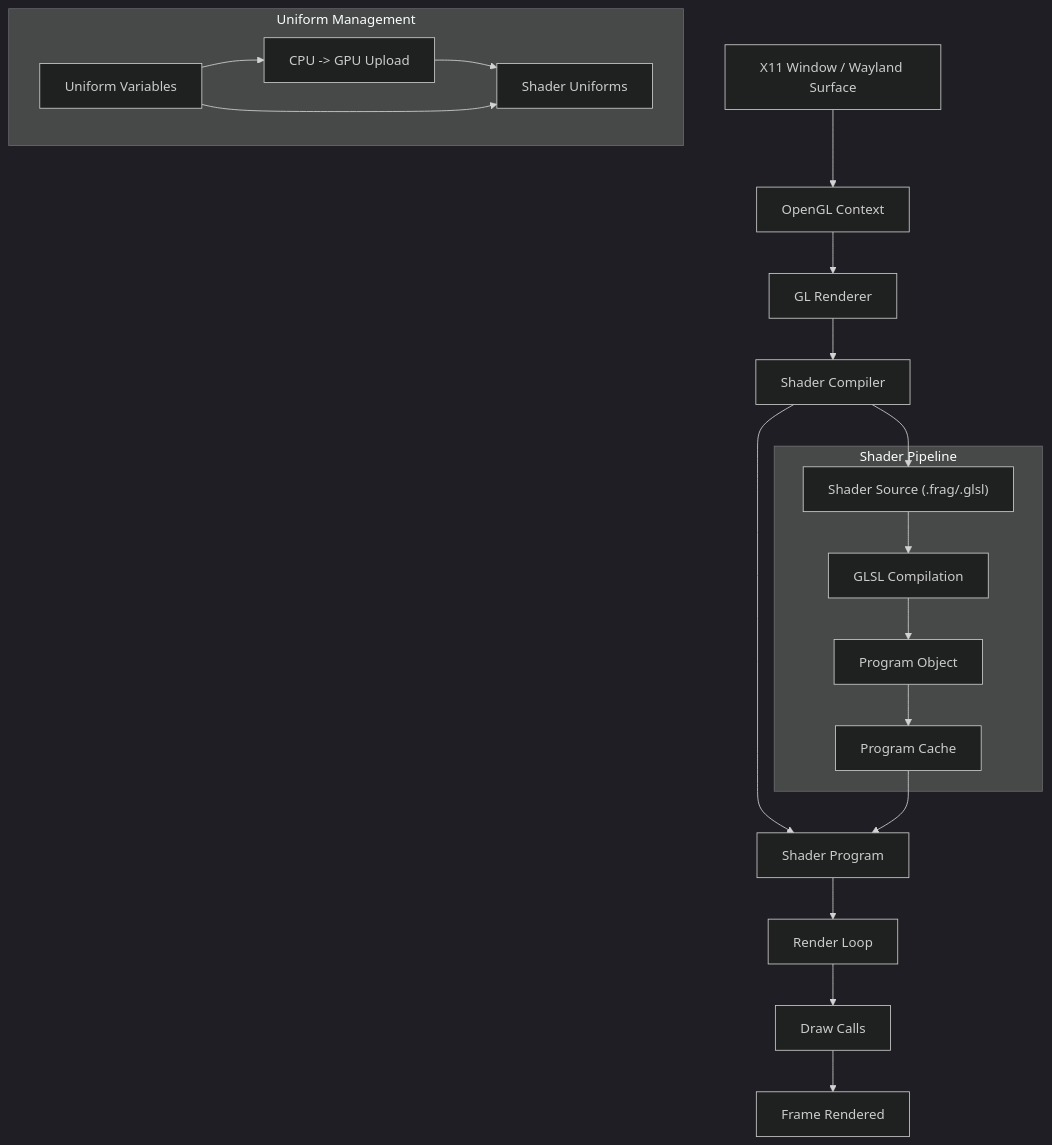
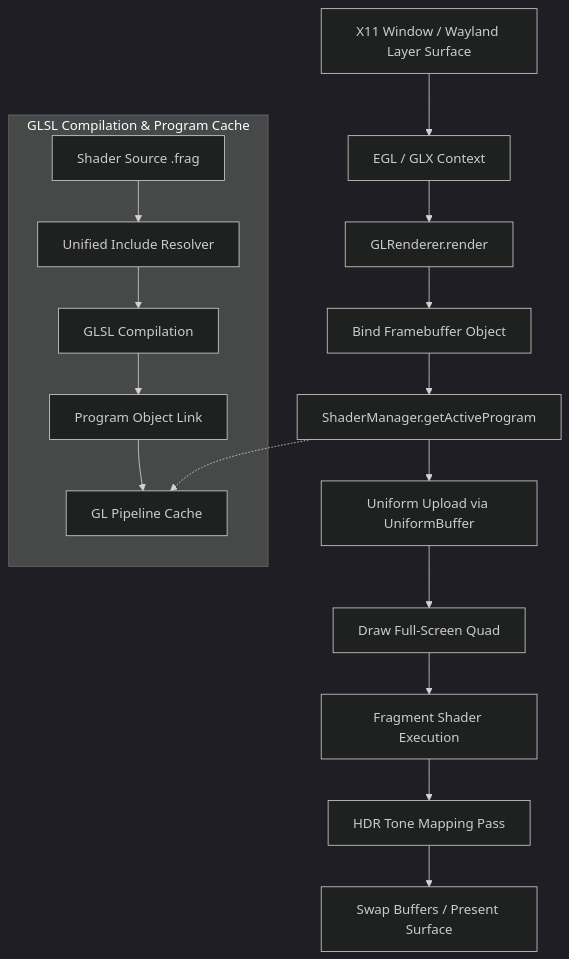
The second of 11 diagrams in docs/ArchitectureDiagrams.md (23skdu/ShaderCandy), drawn with Mermaid (dark theme) before and after one commit. The commit also changed other lines of this file and 32 other files, not shown here.

````diff
--- a/docs/ArchitectureDiagrams.md
+++ b/docs/ArchitectureDiagrams.md
@@ -37,25 +41,21 @@
 ```mermaid
 flowchart TD
-    A[X11 Window / Wayland Surface] --> B[OpenGL Context]
-    B --> C[GL Renderer]
-    C --> D[Shader Compiler]
-    D --> E[Shader Program]
-    E --> F[Render Loop]
-    F --> G[Draw Calls]
-    G --> H[Frame Rendered]
+    A[X11 Window / Wayland Layer Surface] --> B[EGL / GLX Context]
+    B --> C[GLRenderer.render]
+    C --> D[Bind Framebuffer Object]
+    D --> E[ShaderManager.getActiveProgram]
+    E --> F[Uniform Upload via UniformBuffer]
+    F --> G[Draw Full-Screen Quad]
+    G --> H[Fragment Shader Execution]
+    H --> I[HDR Tone Mapping Pass]
+    I --> J[Swap Buffers / Present Surface]
 
-    subgraph "Shader Pipeline"
-        I["Shader Source (.frag/.glsl)"] --> J[GLSL Compilation]
-        J --> K[Program Object]
-        K --> L[Program Cache]
+    subgraph "GLSL Compilation & Program Cache"
+        K[Shader Source .frag] --> L[Unified Include Resolver]
+        L --> M[GLSL Compilation]
+        M --> N[Program Object Link]
+        N --> O[GL Pipeline Cache]
     end
 
-    subgraph "Uniform Management"
-        M[Uniform Variables] --> N["CPU -> GPU Upload"]
-        N --> O[Shader Uniforms]
-    end
-
-    D --> I
-    L --> E
-    M --> O
+    E -.-> O
 ```
````
